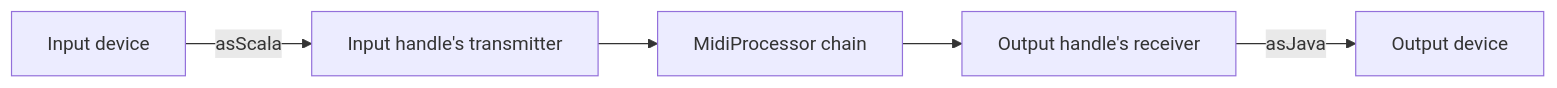
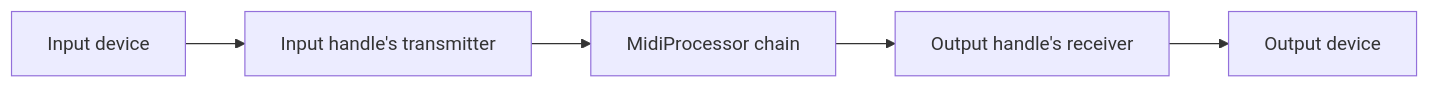
One commit to calinburloiu/microtonalist changed the diagram in midi/sc-midi/docs/ARCHITECTURE.md. Above: the diagram before and after it, drawn with Mermaid. The commit also changed other lines of this file and 27 other files, not shown here.

````diff
--- a/midi/sc-midi/docs/ARCHITECTURE.md
+++ b/midi/sc-midi/docs/ARCHITECTURE.md
@@ -61,7 +52,7 @@
 ```mermaid
 flowchart LR
-  inDev["Input device"] -->|asScala| inHandle["Input handle's transmitter"]
+  inDev["Input device"] --> inHandle["Input handle's transmitter"]
   inHandle --> procs["MidiProcessor chain"]
   procs --> outHandle["Output handle's receiver"]
-  outHandle -->|asJava| outDev["Output device"]
+  outHandle --> outDev["Output device"]
 ```
````
